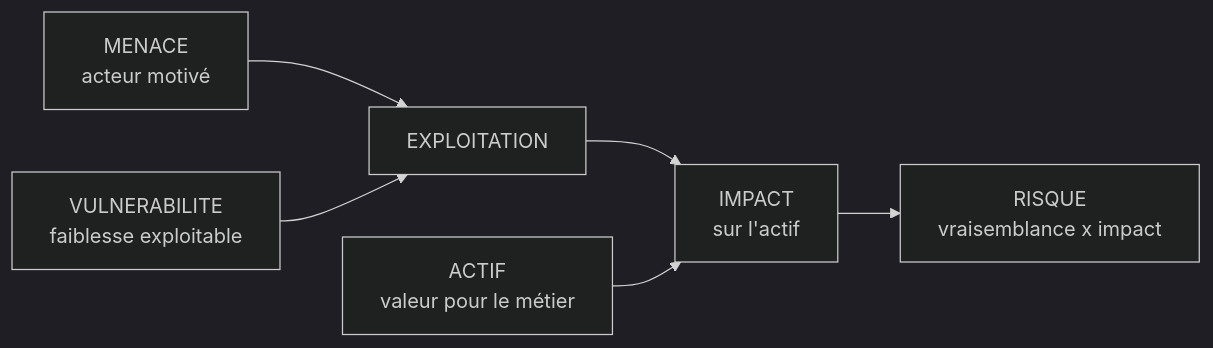
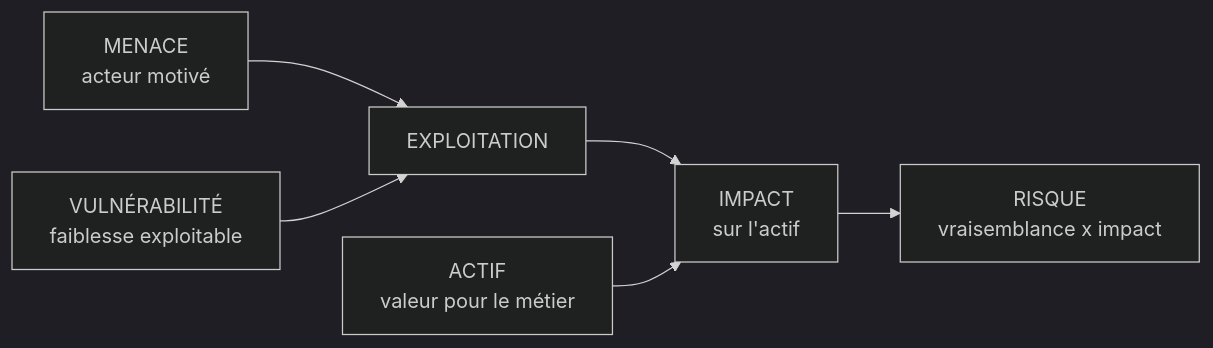
Before and after one commit to Gooseppr/GevOps_LC: the first of 2 diagrams in courses/reseaux-cybersecurite/15_fondamentaux_cybersecurite.md, drawn with Mermaid (dark theme). The commit also changed other lines of this file and 56 other files, not shown here.

````diff
--- a/courses/reseaux-cybersecurite/15_fondamentaux_cybersecurite.md
+++ b/courses/reseaux-cybersecurite/15_fondamentaux_cybersecurite.md
@@ -130,8 +130,8 @@
 ```mermaid
 flowchart LR
     M["MENACE<br/>acteur motivé"] --> E["EXPLOITATION"]
-    V["VULNERABILITE<br/>faiblesse exploitable"] --> E
+    V["VULNÉRABILITÉ<br/>faiblesse exploitable"] --> E
     E --> I["IMPACT<br/>sur l'actif"]
     A["ACTIF<br/>valeur pour le métier"] --> I
     I --> R["RISQUE<br/>vraisemblance x impact"]
 ```
````
